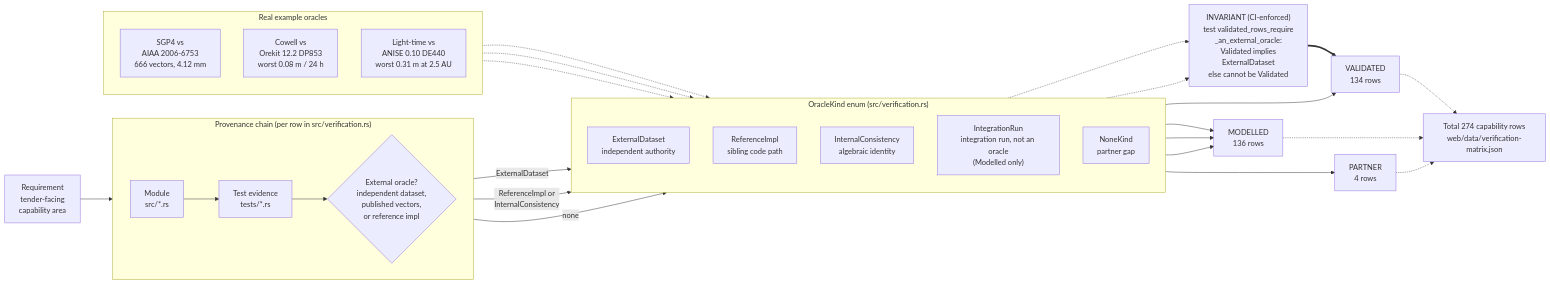
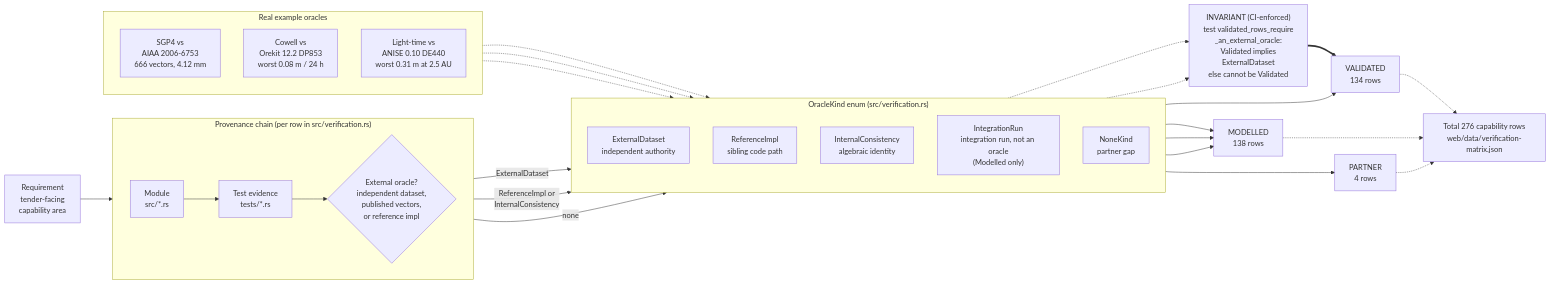
The diagram in docs/diagrams/validation-provenance.mmd (ashfordeOU/kshana), drawn with Mermaid before and after one commit. The commit also changed 37 other files, not shown here.

Commit message:
cap-22/23: wire the contact-schedule and acm-link kinds (dispatch, registry, bundled scenarios, units runner, scene-export reason, report rows); two MODELLED ledger rows; docs/CONTACT-SCHEDULING.md; CHANGELOG; regenerate (276: 134 V / 138 M / 4 P; 78 kinds)

```diff
--- a/docs/diagrams/validation-provenance.mmd
+++ b/docs/diagrams/validation-provenance.mmd
@@ -1,51 +1,51 @@
 flowchart LR
     REQ["Requirement<br/>tender-facing<br/>capability area"]
 
     subgraph CHAIN["Provenance chain (per row in src/verification.rs)"]
         direction LR
         MOD["Module<br/>src/*.rs"]
         TST["Test evidence<br/>tests/*.rs"]
         ORA{"External oracle?<br/>independent dataset,<br/>published vectors,<br/>or reference impl"}
     end
 
     REQ --> MOD --> TST --> ORA
 
     subgraph KINDS["OracleKind enum (src/verification.rs)"]
         direction TD
         EXT["ExternalDataset<br/>independent authority"]
         REF["ReferenceImpl<br/>sibling code path"]
         INT["InternalConsistency<br/>algebraic identity"]
         IRN["IntegrationRun<br/>integration run, not an oracle<br/>(Modelled only)"]
         NON["NoneKind<br/>partner gap"]
     end
 
     ORA -->|ExternalDataset| EXT
     ORA -->|"ReferenceImpl or<br/>InternalConsistency"| INT
     ORA -->|none| NON
 
     GUARD["INVARIANT (CI-enforced)<br/>test validated_rows_require<br/>_an_external_oracle:<br/>Validated implies<br/>ExternalDataset<br/>else cannot be Validated"]
     EXT -.-> GUARD
     INT -.-> GUARD
 
     EXT --> VAL["VALIDATED<br/>134 rows"]
-    REF --> MDL["MODELLED<br/>136 rows"]
+    REF --> MDL["MODELLED<br/>138 rows"]
     INT --> MDL
     IRN --> MDL
     NON --> PRT["PARTNER<br/>4 rows"]
     GUARD ==> VAL
 
     subgraph EX["Real example oracles"]
         direction TD
         E1["SGP4 vs<br/>AIAA 2006-6753<br/>666 vectors, 4.12 mm"]
         E2["Cowell vs<br/>Orekit 12.2 DP853<br/>worst 0.08 m / 24 h"]
         E3["Light-time vs<br/>ANISE 0.10 DE440<br/>worst 0.31 m at 2.5 AU"]
     end
 
     E1 -.-> EXT
     E2 -.-> EXT
     E3 -.-> EXT
 
-    TOTAL["Total 274 capability rows<br/>web/data/verification-matrix.json"]
+    TOTAL["Total 276 capability rows<br/>web/data/verification-matrix.json"]
     VAL -.-> TOTAL
     MDL -.-> TOTAL
     PRT -.-> TOTAL
```
